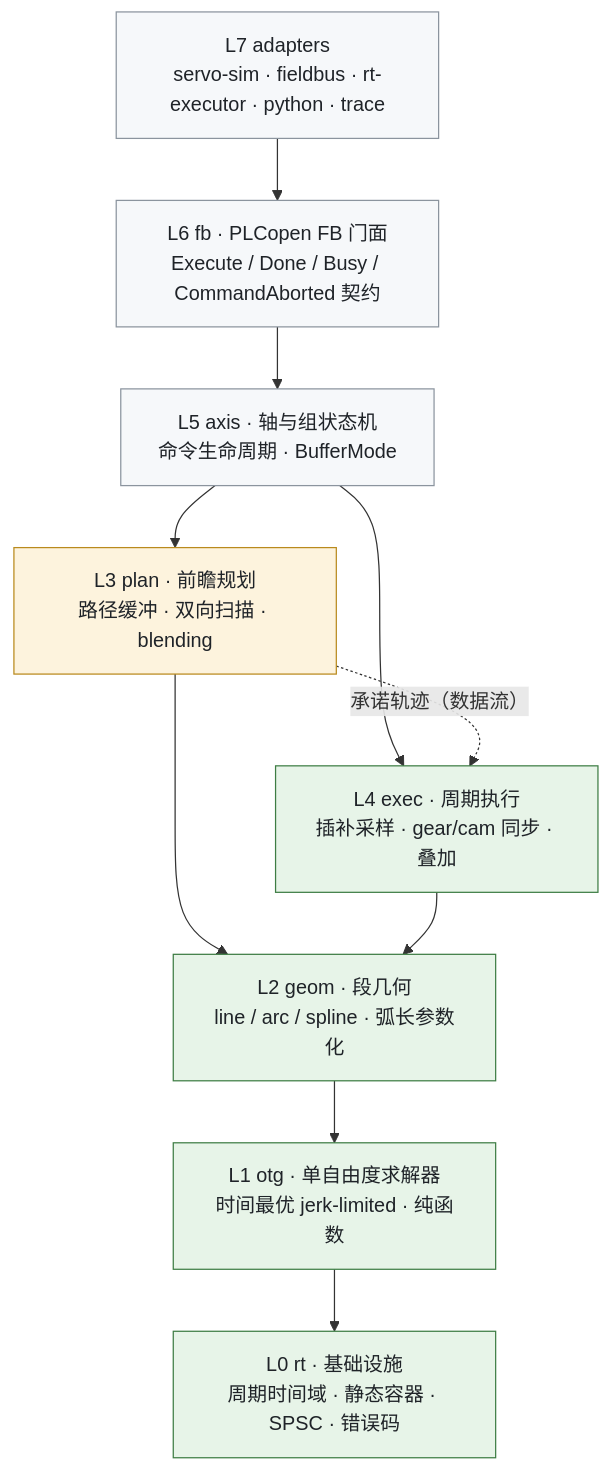
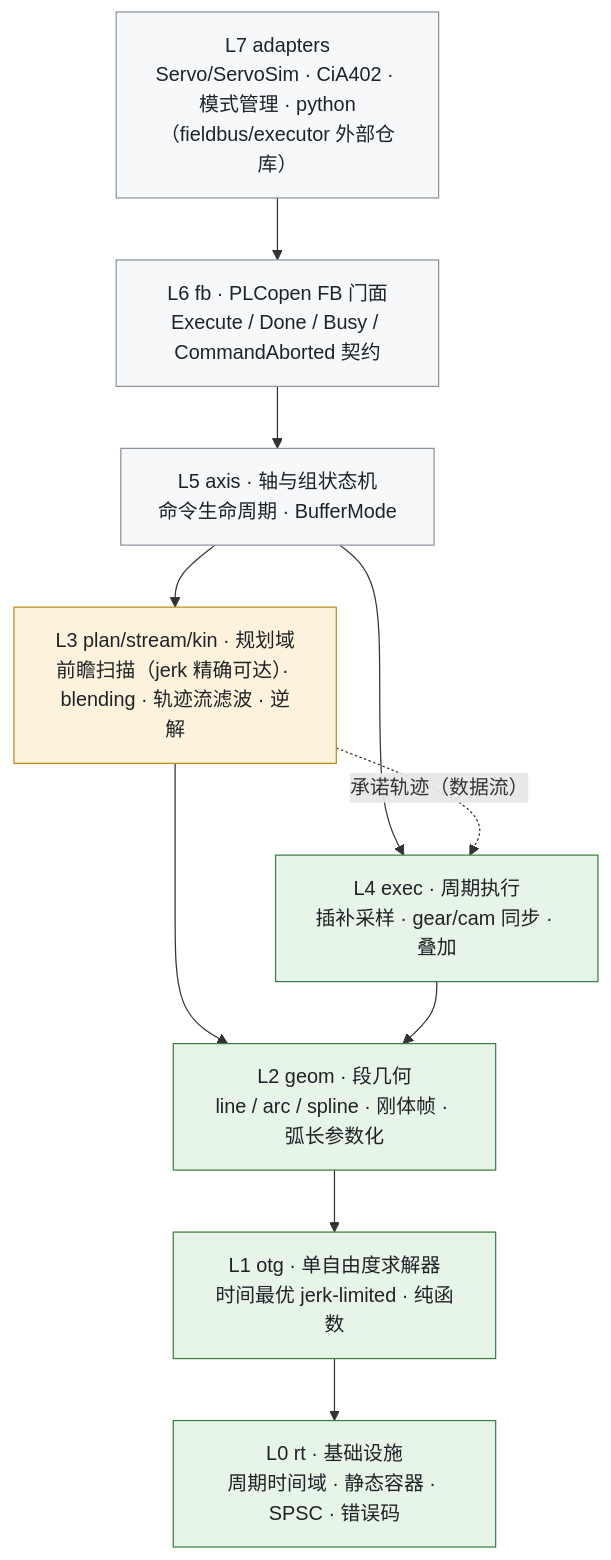
The second of 4 diagrams in doc/design/core/architecture.md (lusipad/plcopen), drawn with Mermaid before and after one commit. The commit also changed other lines of this file and 8 other files, not shown here.

First line of the commit message:
docs: 批⑦——设计层重建：architecture.md 实现现状对齐 + v0.x 设计文档归档（T0）

````diff
--- a/doc/design/core/architecture.md
+++ b/doc/design/core/architecture.md
@@ -43,26 +43,26 @@
 ```mermaid
 flowchart TB
-    L7["L7 adapters<br/>servo-sim · fieldbus · rt-executor · python · trace"]
+    L7["L7 adapters<br/>Servo/ServoSim · CiA402 · 模式管理 · python（fieldbus/executor 外部仓库）"]
     L6["L6 fb · PLCopen FB 门面<br/>Execute / Done / Busy / CommandAborted 契约"]
     L5["L5 axis · 轴与组状态机<br/>命令生命周期 · BufferMode"]
-    L3["L3 plan · 前瞻规划<br/>路径缓冲 · 双向扫描 · blending"]
+    L3["L3 plan/stream/kin · 规划域<br/>前瞻扫描（jerk 精确可达）· blending · 轨迹流滤波 · 逆解"]
     L4["L4 exec · 周期执行<br/>插补采样 · gear/cam 同步 · 叠加"]
-    L2["L2 geom · 段几何<br/>line / arc / spline · 弧长参数化"]
+    L2["L2 geom · 段几何<br/>line / arc / spline · 刚体帧 · 弧长参数化"]
     L1["L1 otg · 单自由度求解器<br/>时间最优 jerk-limited · 纯函数"]
     L0["L0 rt · 基础设施<br/>周期时间域 · 静态容器 · SPSC · 错误码"]
 
     L7 --> L6 --> L5
     L5 --> L3
     L5 --> L4
     L3 -. "承诺轨迹（数据流）" .-> L4
     L3 --> L2
     L4 --> L2
     L2 --> L1 --> L0
 
     classDef rt fill:#e7f4e8,stroke:#3e7d44,color:#1f2328
     classDef plan fill:#fdf3dd,stroke:#b98a1d,color:#1f2328
     classDef sem fill:#f6f8fa,stroke:#8b949e,color:#1f2328
     class L0,L1,L2,L4 rt
     class L3 plan
     class L5,L6,L7 sem
 ```
````
